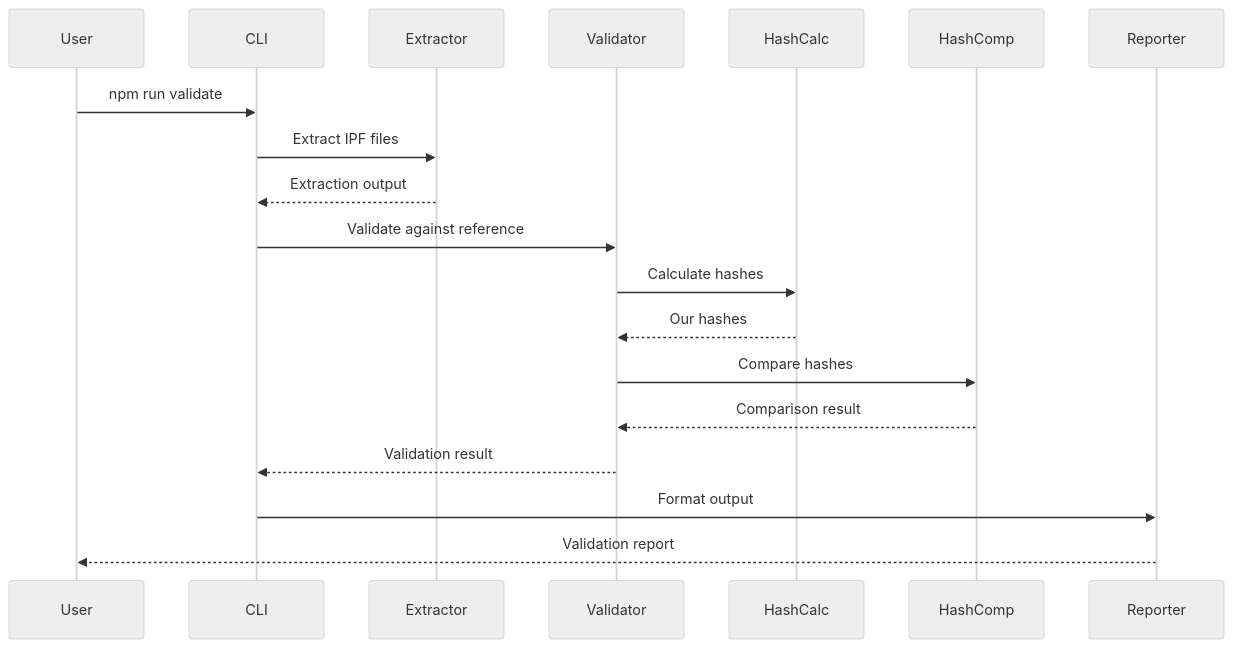
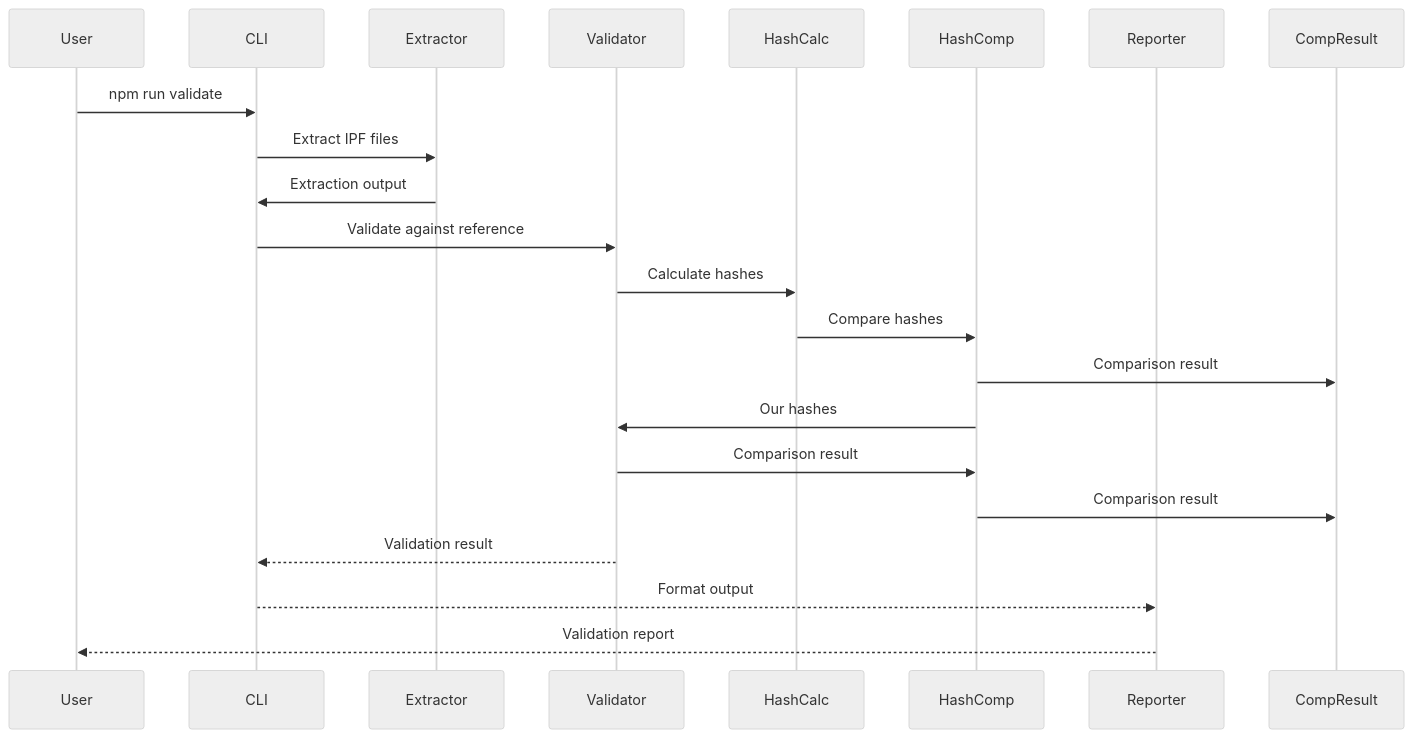
The second of 3 diagrams in testing/architecture.md (joao-paulo-santos/GE-Library), drawn with Mermaid (neutral theme) before and after one commit. The commit also changed other lines of this file and 14 other files, not shown here.

````diff
--- a/testing/architecture.md
+++ b/testing/architecture.md
@@ -355,22 +334,24 @@
 ```mermaid
 sequenceDiagram
     participant User
     participant CLI
     participant Extractor
     participant Validator
     participant HashCalc
     participant HashComp
     participant Reporter
-
+    
     User->>CLI: npm run validate
     CLI->>Extractor: Extract IPF files
-    Extractor-->>CLI: Extraction output
+    Extractor->>CLI: Extraction output
     CLI->>Validator: Validate against reference
     Validator->>HashCalc: Calculate hashes
-    HashCalc-->>Validator: Our hashes
-    Validator->>HashComp: Compare hashes
-    HashComp-->>Validator: Comparison result
+    HashCalc->>HashComp: Compare hashes
+    HashComp->>CompResult: Comparison result
+    HashComp->>Validator: Our hashes
+    Validator->>HashComp: Comparison result
+    HashComp->>CompResult: Comparison result
     Validator-->>CLI: Validation result
-    CLI->>Reporter: Format output
+    CLI-->>Reporter: Format output
     Reporter-->>User: Validation report
 ```
````
